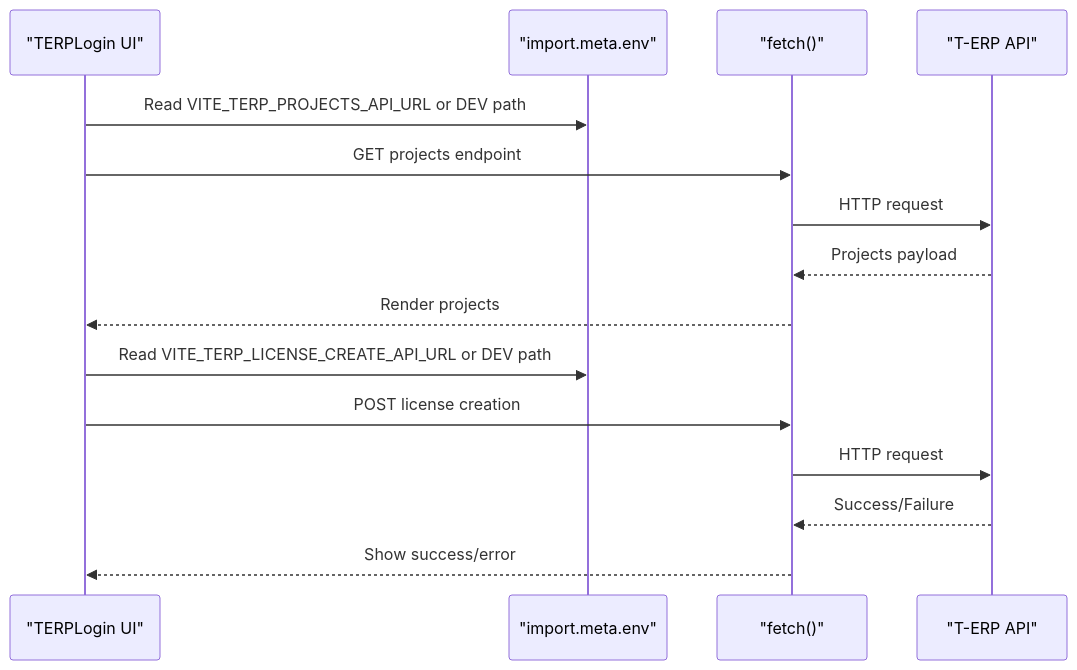
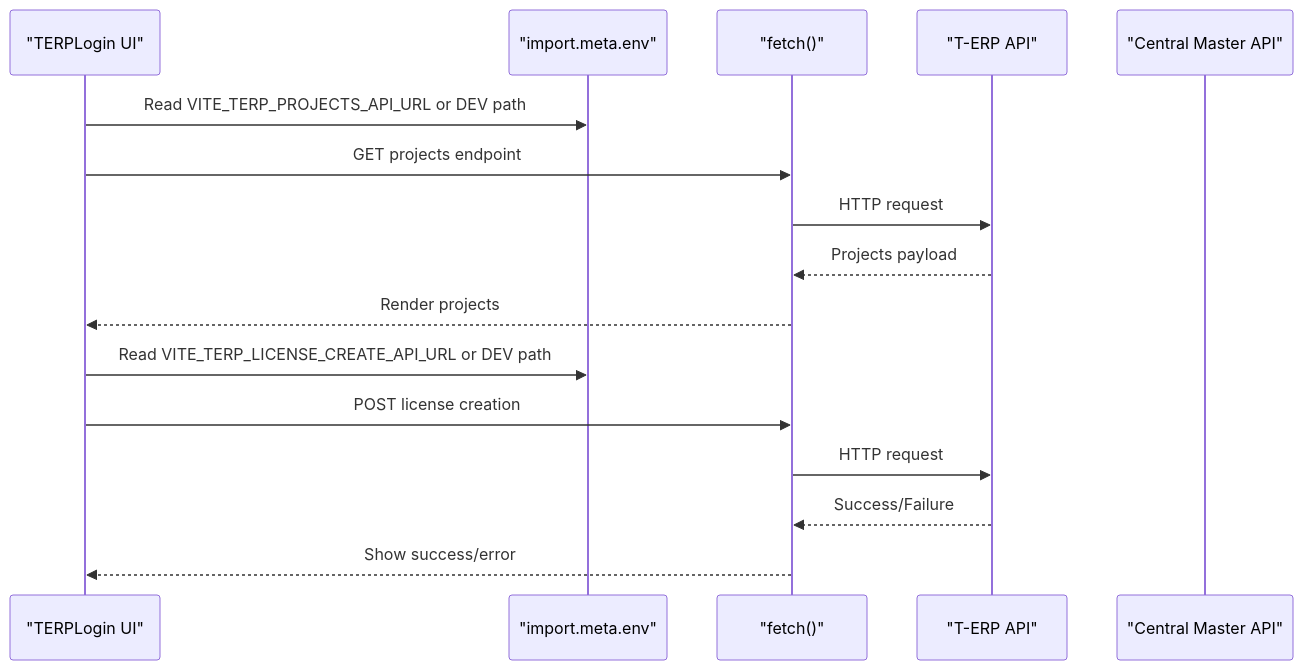
One commit to imcbsglobal/TRELLISCO_ERP_FRONTEND changed diagram 12 of 14 in .qoder/repowiki/en/content/Configuration and Environment.md. Above: the diagram before and after it, drawn with Mermaid. The commit also changed other lines of this file and 27 other files, not shown here.

````diff
--- a/.qoder/repowiki/en/content/Configuration and Environment.md
+++ b/.qoder/repowiki/en/content/Configuration and Environment.md
@@ -346,17 +490,18 @@
 ```mermaid
 sequenceDiagram
 participant UI as "TERPLogin UI"
 participant Env as "import.meta.env"
 participant Fetch as "fetch()"
 participant API as "T-ERP API"
+participant Central as "Central Master API"
 UI->>Env : Read VITE_TERP_PROJECTS_API_URL or DEV path
 UI->>Fetch : GET projects endpoint
 Fetch->>API : HTTP request
 API-->>Fetch : Projects payload
 Fetch-->>UI : Render projects
 UI->>Env : Read VITE_TERP_LICENSE_CREATE_API_URL or DEV path
 UI->>Fetch : POST license creation
 Fetch->>API : HTTP request
 API-->>Fetch : Success/Failure
 Fetch-->>UI : Show success/error
 ```
````
